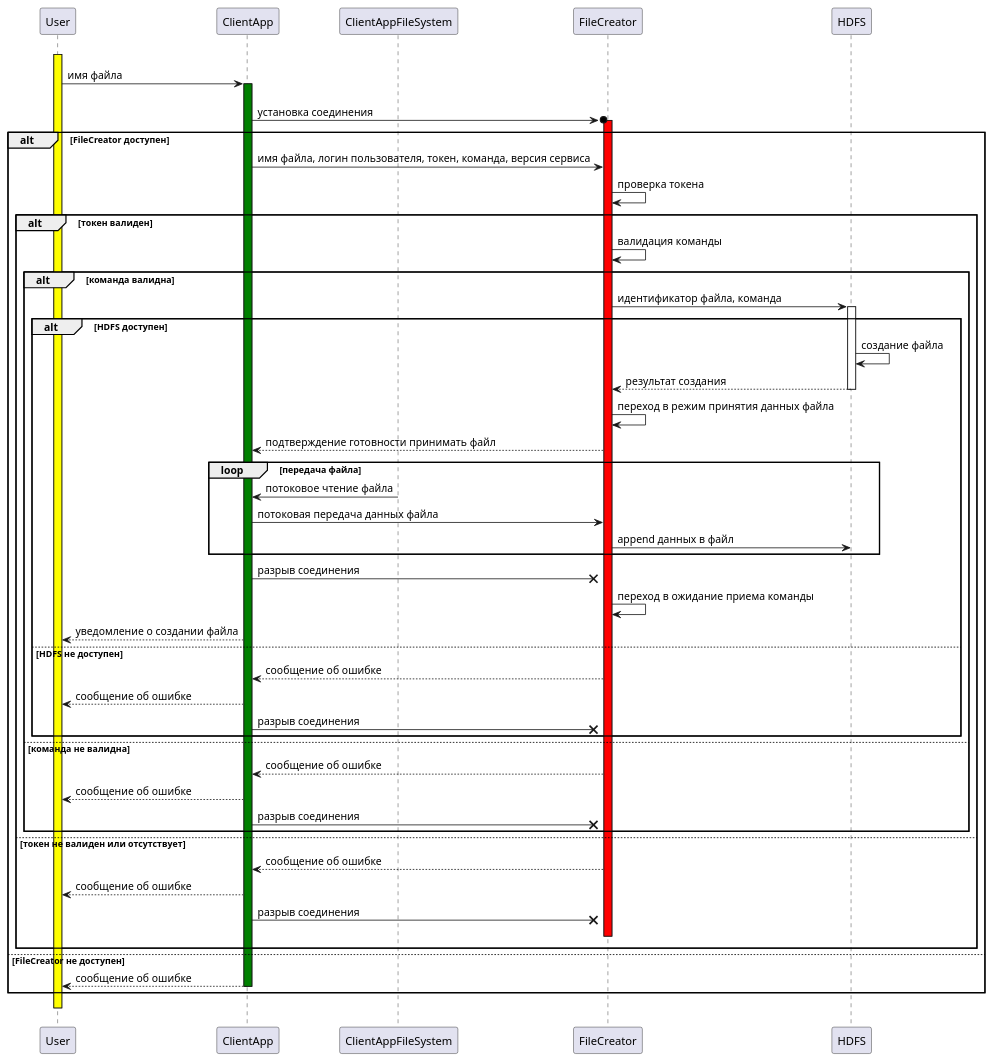
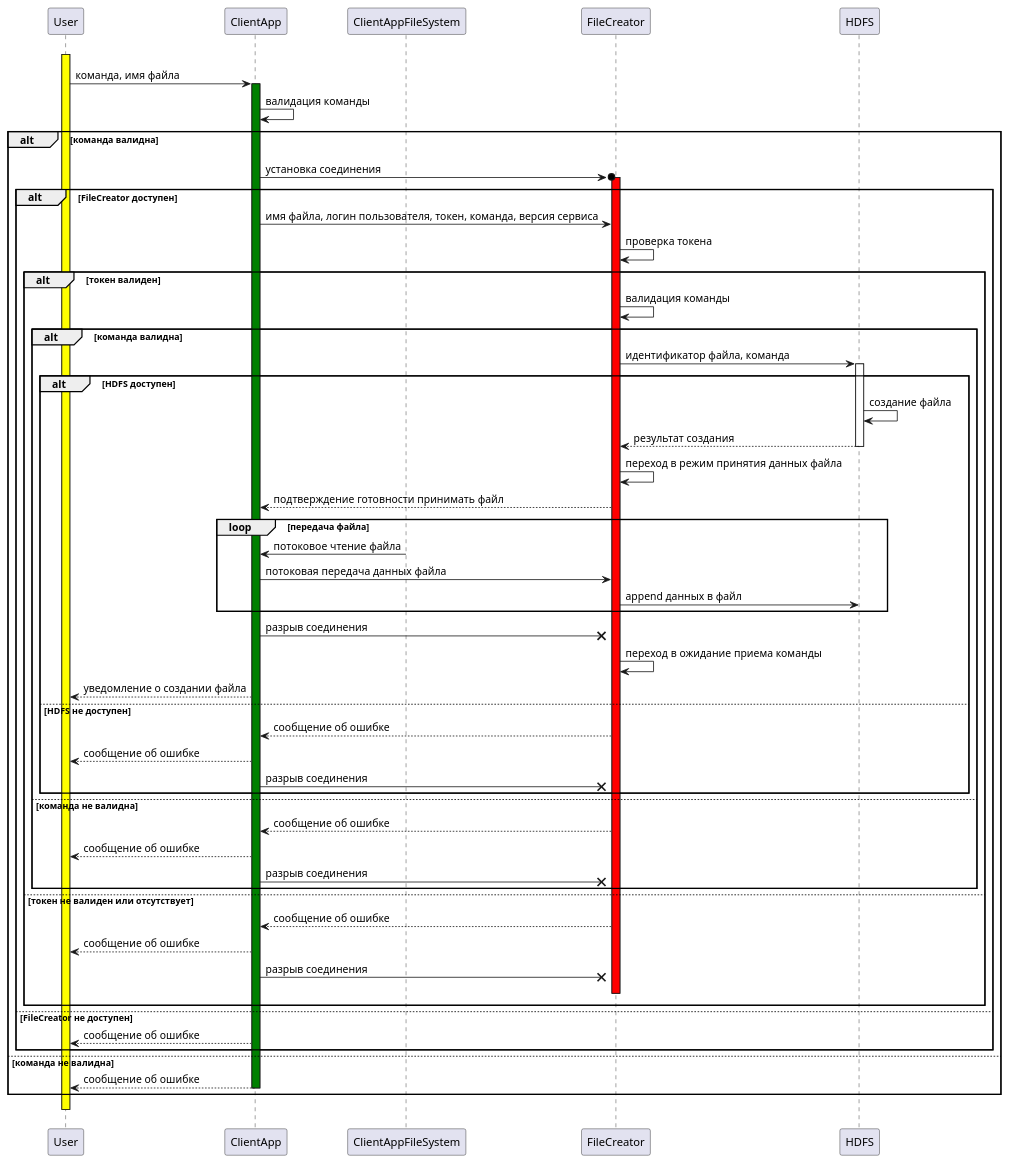
The diagram in docs/uml/sequence diagrams/createFileSequenceDiagram.puml (sberdyshev/java-file-handling), drawn with PlantUML before and after one commit. The commit also changed 5 other files, not shown here.

Commit message:
Added command format description, fixed diagrams

```diff
--- a/docs/uml/sequence diagrams/createFileSequenceDiagram.puml
+++ b/docs/uml/sequence diagrams/createFileSequenceDiagram.puml
@@ -1,49 +1,54 @@
 @startuml
 
 User -[hidden]-> User ++ #yellow
-User -> ClientApp ++ #green: имя файла
-ClientApp -[hidden]-> ClientAppFileSystem
-ClientApp ->o FileCreator ++ #red: установка соединения
+User -> ClientApp ++ #green: команда, имя файла
+ClientApp -> ClientApp: валидация команды
 
-alt FileCreator доступен
-  ClientApp -> FileCreator: имя файла, логин пользователя, токен, команда, версия сервиса
-  FileCreator -> FileCreator: проверка токена
-    alt токен валиден
-      FileCreator -> FileCreator: валидация команды
-      alt команда валидна
+alt команда валидна
+  ClientApp -[hidden]-> ClientAppFileSystem
+  ClientApp ->o FileCreator ++ #red: установка соединения
+  alt FileCreator доступен
+    ClientApp -> FileCreator: имя файла, логин пользователя, токен, команда, версия сервиса
+    FileCreator -> FileCreator: проверка токена
+      alt токен валиден
+        FileCreator -> FileCreator: валидация команды
+        alt команда валидна
           FileCreator -> HDFS ++ #white: идентификатор файла, команда
           alt HDFS доступен
             HDFS -> HDFS: создание файла
             HDFS --> FileCreator -- #white: результат создания
             FileCreator -> FileCreator: переход в режим принятия данных файла
             FileCreator --> ClientApp: подтверждение готовности принимать файл
             loop передача файла
               ClientAppFileSystem -> ClientApp: потоковое чтение файла
               ClientApp -> FileCreator: потоковая передача данных файла
               FileCreator -> HDFS: append данных в файл
             end loop
             ClientApp ->x FileCreator: разрыв соединения
             FileCreator -> FileCreator: переход в ожидание приема команды
             ClientApp --> User: уведомление о создании файла
           else HDFS не доступен
             FileCreator --> ClientApp: сообщение об ошибке
             ClientApp --> User: сообщение об ошибке
             ClientApp ->x FileCreator: разрыв соединения
           end
-      else команда не валидна
+        else команда не валидна
+          FileCreator --> ClientApp: сообщение об ошибке
+          ClientApp --> User: сообщение об ошибке
+          ClientApp ->x FileCreator: разрыв соединения
+        end
+      else токен не валиден или отсутствует
         FileCreator --> ClientApp: сообщение об ошибке
         ClientApp --> User: сообщение об ошибке
         ClientApp ->x FileCreator: разрыв соединения
+        FileCreator -[hidden]-> FileCreator -- #red
       end
-    else токен не валиден или отсутствует
-      FileCreator --> ClientApp: сообщение об ошибке
+    else FileCreator не доступен
       ClientApp --> User: сообщение об ошибке
-      ClientApp ->x FileCreator: разрыв соединения
-      FileCreator -[hidden]-> FileCreator -- #red
     end
-else FileCreator не доступен
-  ClientApp --> User -- #green: сообщение об ошибке
+else команда не валидна
+    ClientApp --> User -- #green: сообщение об ошибке
 end
 User -[hidden]-> User -- #yellow
 
 @enduml
```
